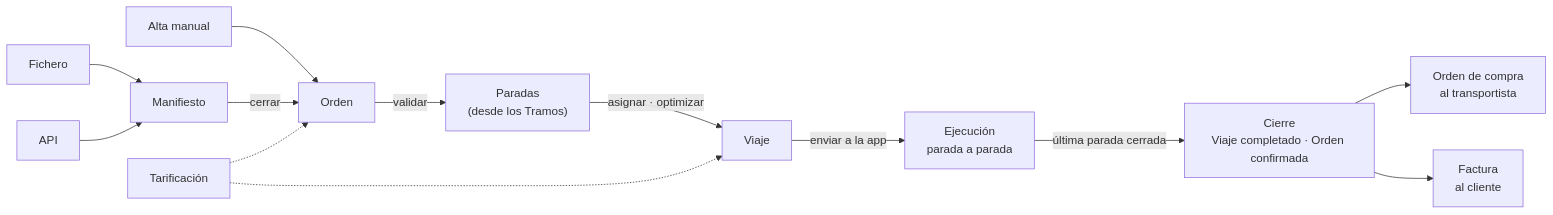
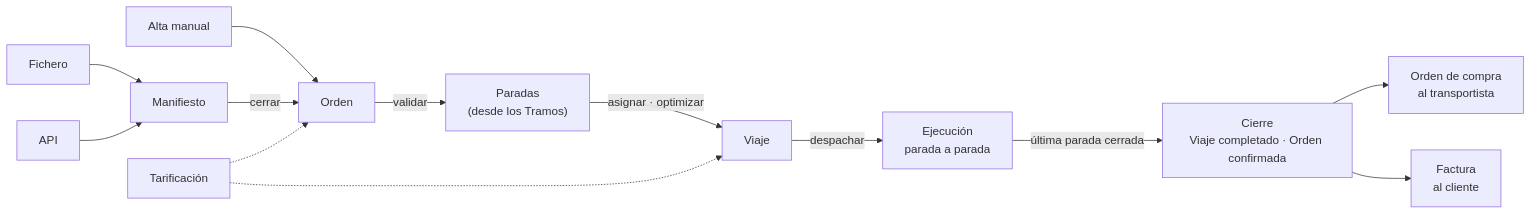
One commit to pacoborrego/guraify-tms-docs changed the diagram in source/17.0/5_operational-flows/index.rst. Above: the diagram before and after it, drawn with Mermaid. The commit also changed 31 other files, not shown here.

```diff
--- a/source/17.0/5_operational-flows/index.rst
+++ b/source/17.0/5_operational-flows/index.rst
@@ -18,15 +18,15 @@
 .. mermaid::
 
    flowchart LR
        MAN["Alta manual"] --> ORD["Orden"]
        FILE["Fichero"] --> MF["Manifiesto"]
        API["API"] --> MF
        MF -->|cerrar| ORD
        ORD -->|validar| ST["Paradas<br/>(desde los Tramos)"]
        ST -->|asignar · optimizar| TR["Viaje"]
-       TR -->|enviar a la app| EXE["Ejecución<br/>parada a parada"]
+       TR -->|despachar| EXE["Ejecución<br/>parada a parada"]
        EXE -->|última parada cerrada| CLO["Cierre<br/>Viaje completado · Orden confirmada"]
        CLO --> OC["Orden de compra<br/>al transportista"]
        CLO --> FAC["Factura<br/>al cliente"]
        TAR["Tarificación"] -.-> ORD
        TAR -.-> TR
```
